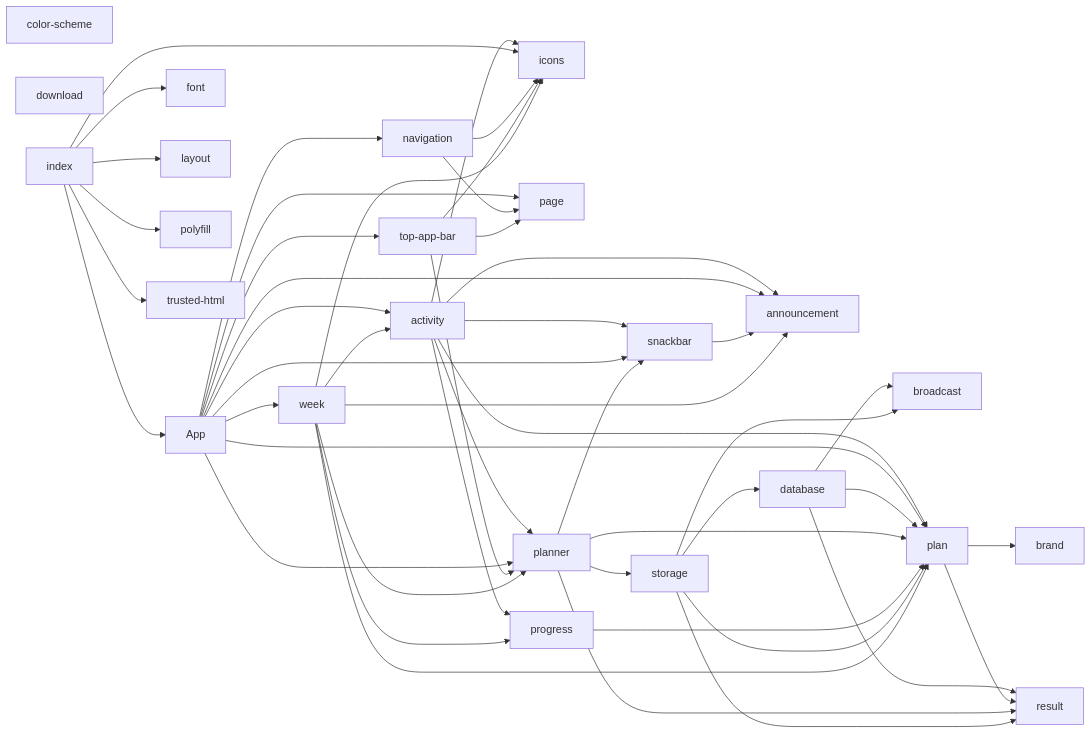
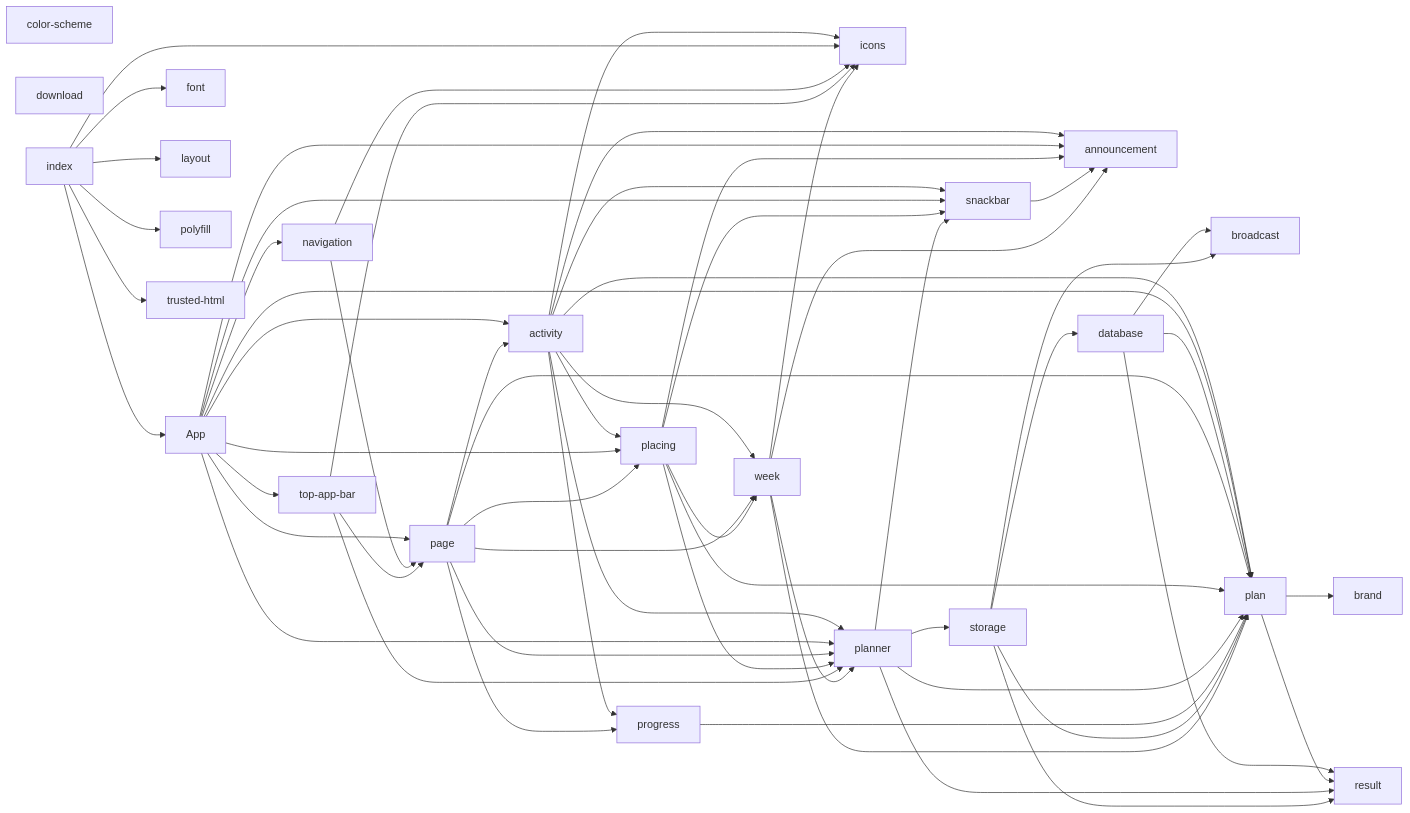
The diagram in docs/MODULES.md (SantaClaas/week-budget-planner), drawn with Mermaid before and after one commit. The commit also changed 17 other files, not shown here.

First line of the commit message:
Place blocks by picking an activity, and drag activities onto the week

````diff
--- a/docs/MODULES.md
+++ b/docs/MODULES.md
@@ -22,6 +22,7 @@
   module_layout["layout"]
   module_navigation["navigation"]
   module_page["page"]
+  module_placing["placing"]
   module_plan["plan"]
   module_planner["planner"]
   module_polyfill["polyfill"]
@@ -34,19 +35,21 @@
   module_week["week"]
   module_activity --> module_announcement
   module_activity --> module_icons
+  module_activity --> module_placing
   module_activity --> module_plan
   module_activity --> module_planner
   module_activity --> module_progress
   module_activity --> module_snackbar
+  module_activity --> module_week
   module_App --> module_activity
   module_App --> module_announcement
   module_App --> module_navigation
   module_App --> module_page
+  module_App --> module_placing
   module_App --> module_plan
   module_App --> module_planner
   module_App --> module_snackbar
   module_App --> module_top_app_bar
-  module_App --> module_week
   module_database --> module_broadcast
   module_database --> module_plan
   module_database --> module_result
@@ -58,6 +61,17 @@
   module_index --> module_trusted_html
   module_navigation --> module_icons
   module_navigation --> module_page
+  module_page --> module_activity
+  module_page --> module_placing
+  module_page --> module_plan
+  module_page --> module_planner
+  module_page --> module_progress
+  module_page --> module_week
+  module_placing --> module_announcement
+  module_placing --> module_plan
+  module_placing --> module_planner
+  module_placing --> module_snackbar
+  module_placing --> module_week
   module_plan --> module_brand
   module_plan --> module_result
   module_planner --> module_plan
@@ -73,10 +87,8 @@
   module_top_app_bar --> module_icons
   module_top_app_bar --> module_page
   module_top_app_bar --> module_planner
-  module_week --> module_activity
   module_week --> module_announcement
   module_week --> module_icons
   module_week --> module_plan
   module_week --> module_planner
-  module_week --> module_progress
 ```
````
